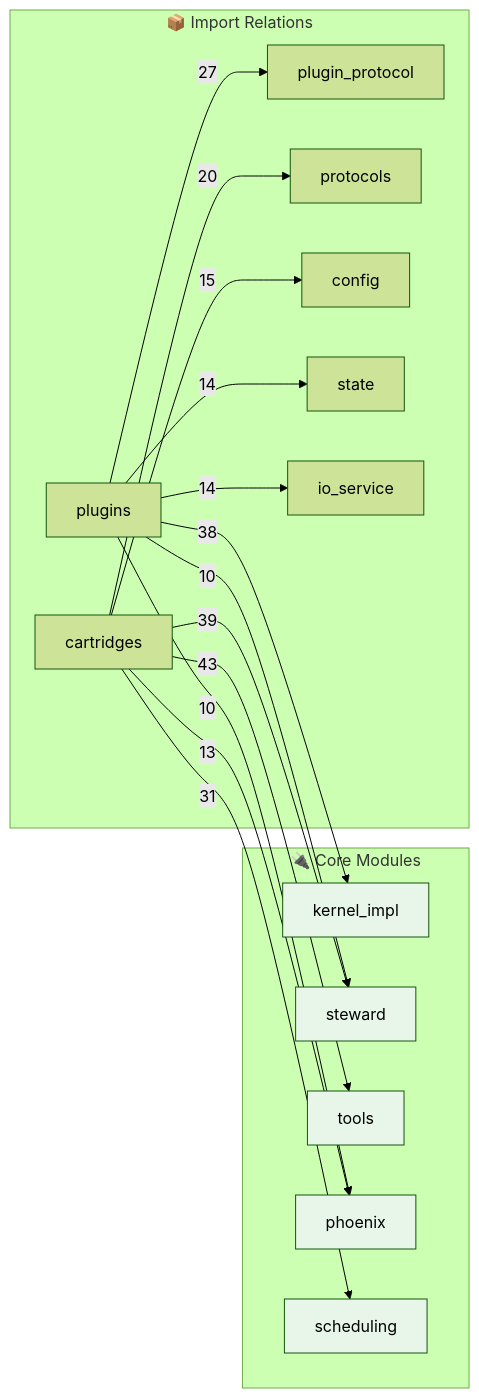
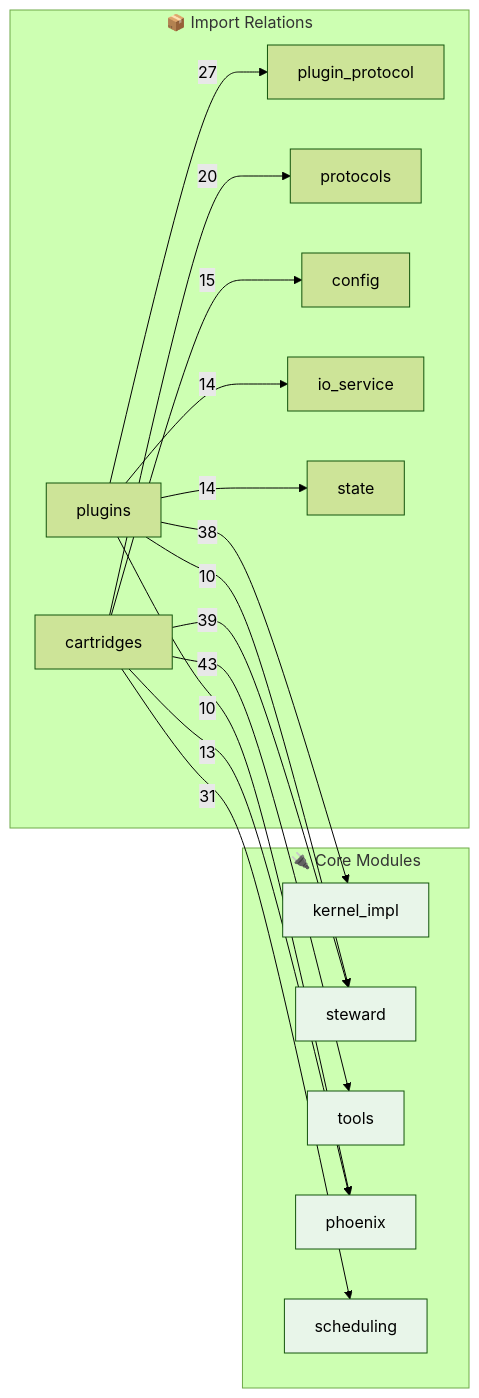
Before and after one commit to kimeisele/steward-protocol: the second of 2 diagrams in OPUS.md, drawn with Mermaid (forest theme). The commit also changed other lines of this file and 13 other files, not shown here.

````diff
--- a/OPUS.md
+++ b/OPUS.md
@@ -518,31 +518,31 @@
 ```mermaid
 flowchart LR
     subgraph Core["🔌 Core Modules"]
         kernel_impl[kernel_impl]
         steward[steward]
         tools[tools]
         phoenix[phoenix]
         scheduling[scheduling]
     end
 
     subgraph Edges["📦 Import Relations"]
         cartridges -->|43| tools
         cartridges -->|39| steward
         plugins -->|38| kernel_impl
         cartridges -->|31| scheduling
         plugins -->|27| plugin_protocol
         cartridges -->|20| protocols
         cartridges -->|15| config
+        plugins -->|14| io_service
         plugins -->|14| state
-        plugins -->|14| io_service
         cartridges -->|13| phoenix
         plugins -->|10| phoenix
         plugins -->|10| steward
     end
 
     style kernel_impl fill:#e8f5e9
     style steward fill:#e8f5e9
     style tools fill:#e8f5e9
     style phoenix fill:#e8f5e9
     style scheduling fill:#e8f5e9
 ```
````
